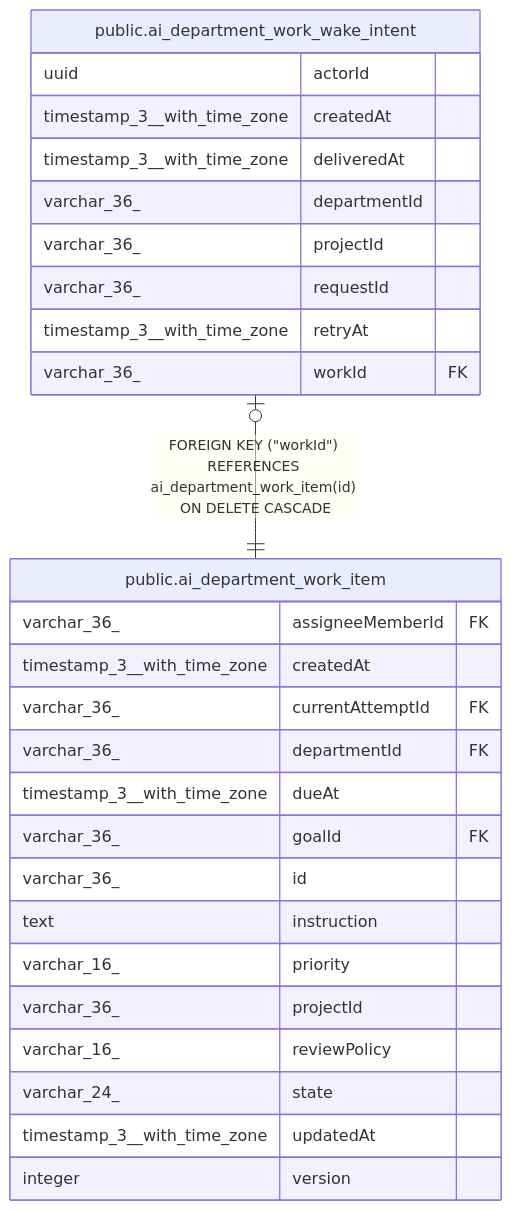
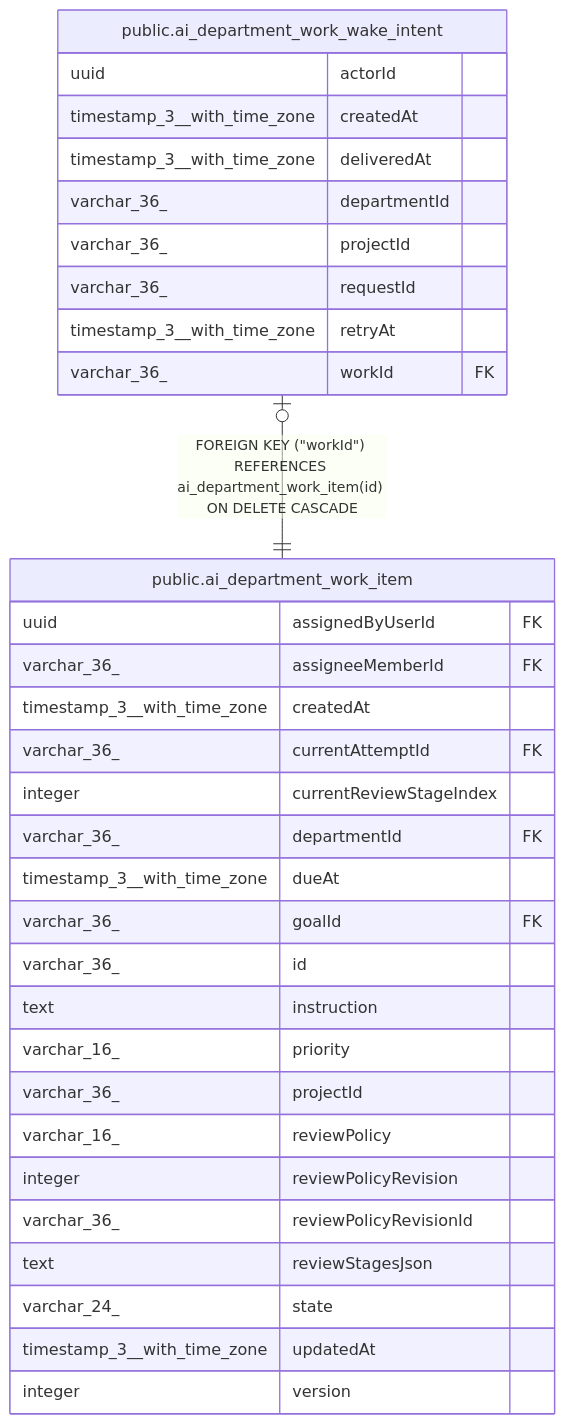
The diagram in docs/generated/postgres-schema/public.ai_department_work_wake_intent.md (haison1234/Nexora), drawn with Mermaid before and after one commit. The commit also changed 524 other files, not shown here.

````diff
--- a/docs/generated/postgres-schema/public.ai_department_work_wake_intent.md
+++ b/docs/generated/postgres-schema/public.ai_department_work_wake_intent.md
@@ -39,32 +39,37 @@
 ```mermaid
 erDiagram
 
 "public.ai_department_work_wake_intent" |o--|| "public.ai_department_work_item" : "FOREIGN KEY (#quot;workId#quot;) REFERENCES ai_department_work_item(id) ON DELETE CASCADE"
 
 "public.ai_department_work_wake_intent" {
   uuid actorId
   timestamp_3__with_time_zone createdAt
   timestamp_3__with_time_zone deliveredAt
   varchar_36_ departmentId
   varchar_36_ projectId
   varchar_36_ requestId
   timestamp_3__with_time_zone retryAt
   varchar_36_ workId FK
 }
 "public.ai_department_work_item" {
+  uuid assignedByUserId FK
   varchar_36_ assigneeMemberId FK
   timestamp_3__with_time_zone createdAt
   varchar_36_ currentAttemptId FK
+  integer currentReviewStageIndex
   varchar_36_ departmentId FK
   timestamp_3__with_time_zone dueAt
   varchar_36_ goalId FK
   varchar_36_ id
   text instruction
   varchar_16_ priority
   varchar_36_ projectId
   varchar_16_ reviewPolicy
+  integer reviewPolicyRevision
+  varchar_36_ reviewPolicyRevisionId
+  text reviewStagesJson
   varchar_24_ state
   timestamp_3__with_time_zone updatedAt
   integer version
 }
 ```
````
